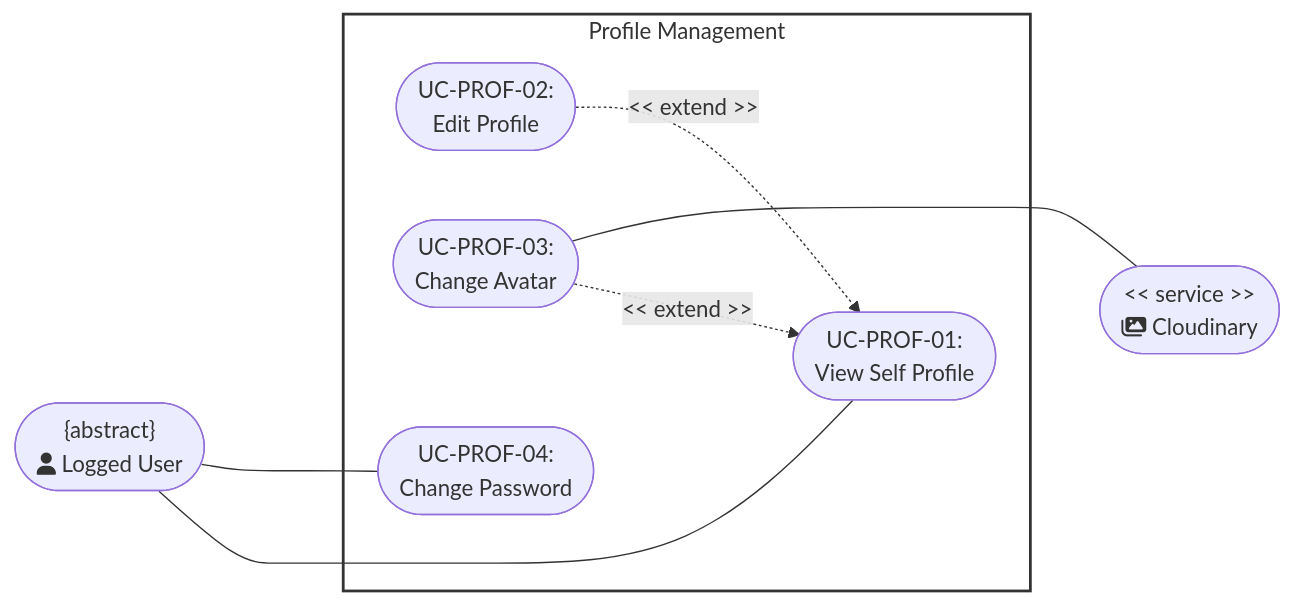
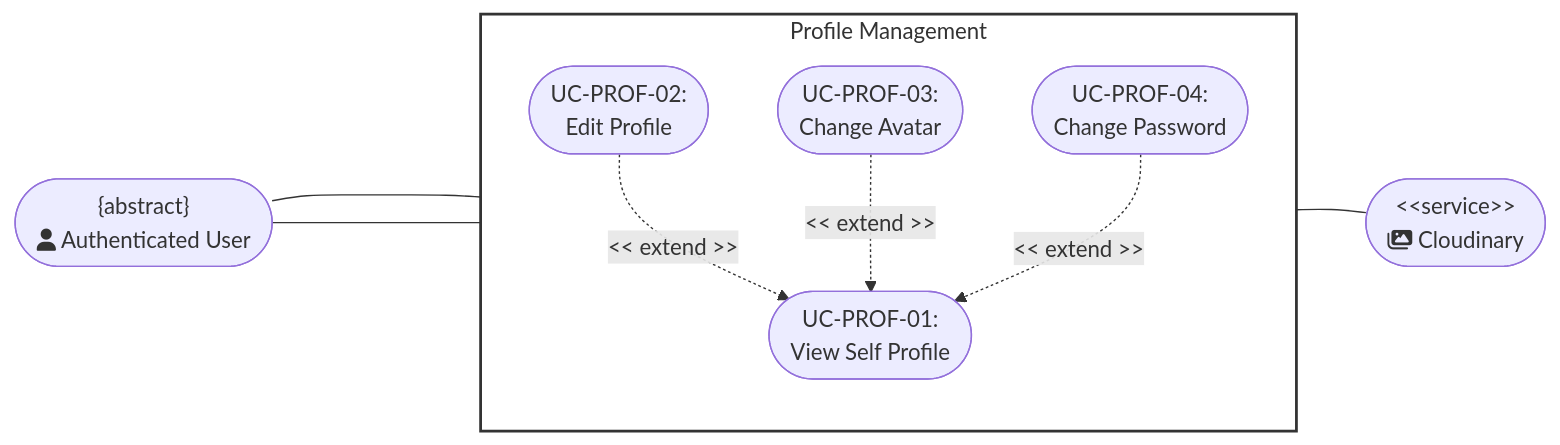
One commit to DuyNhat1705/AmeThyst-Library changed the third of 9 diagrams in docs/management/PA4/Use-CaseDiagram.md. Above: the diagram before and after it, drawn with Mermaid. The commit also changed other lines of this file and 13 other files, not shown here.

````diff
--- a/docs/management/PA4/Use-CaseDiagram.md
+++ b/docs/management/PA4/Use-CaseDiagram.md
@@ -105,28 +97,26 @@
 ```mermaid
 flowchart LR
-    %% Actors
-    ActorLeft(["<center>{abstract} <br> fa:fa-user Logged User</center>"])
-    ActorRight(["<center>&lt;&lt; service &gt;&gt; <br>fa:fa-images Cloudinary</center>"]) 
+    AuthenticatedUser(["<center>{abstract}<br/>fa:fa-user Authenticated User</center>"])
 
-    %% System Boundary
     subgraph ProfileManagement [Profile Management]
-        UC1(["<center>UC-PROF-01:<br>View Self Profile</center>"])
-        UC2(["<center>UC-PROF-02:<br>Edit Profile</center>"])
-        UC3(["<center>UC-PROF-03:<br>Change Avatar</center>"])
-        UC4(["<center>UC-PROF-04:<br>Change Password</center>"])
+        direction TB
+        UC_View(["<center>UC-PROF-01:<br/>View Self Profile</center>"])
+        UC_Edit(["<center>UC-PROF-02:<br/>Edit Profile</center>"])
+        UC_Avatar(["<center>UC-PROF-03:<br/>Change Avatar</center>"])
+        UC_Password(["<center>UC-PROF-04:<br/>Change Password</center>"])
+
+        UC_Edit -. "<< extend >>" .-> UC_View
+        UC_Avatar -. "<< extend >>" .-> UC_View
+        UC_Password -. "<< extend >>" .-> UC_View
     end
-    
-	ActorLeft ~~~~~ ProfileManagement ~~~ ActorRight
 
-    %% Relationships
-    ActorLeft --- UC1
-    ActorLeft --- UC4
-    
-    UC2 -. "<< extend >>" .-> UC1
-    UC3 -. "<< extend >>" .-> UC1
-    
-    UC3 --- ActorRight 
-   
-    %% Styling to make it clean
+    Cloudinary(["<center>&lt;&lt;service&gt;&gt;<br/>fa:fa-images Cloudinary</center>"])
+
+    AuthenticatedUser ~~~~~ ProfileManagement ~~~ Cloudinary
+
+    AuthenticatedUser --- UC_View
+    AuthenticatedUser --- UC_Password
+    UC_Avatar --- Cloudinary
+
     style ProfileManagement fill:#fff,stroke:#333,stroke-width:2px
 ```
````
